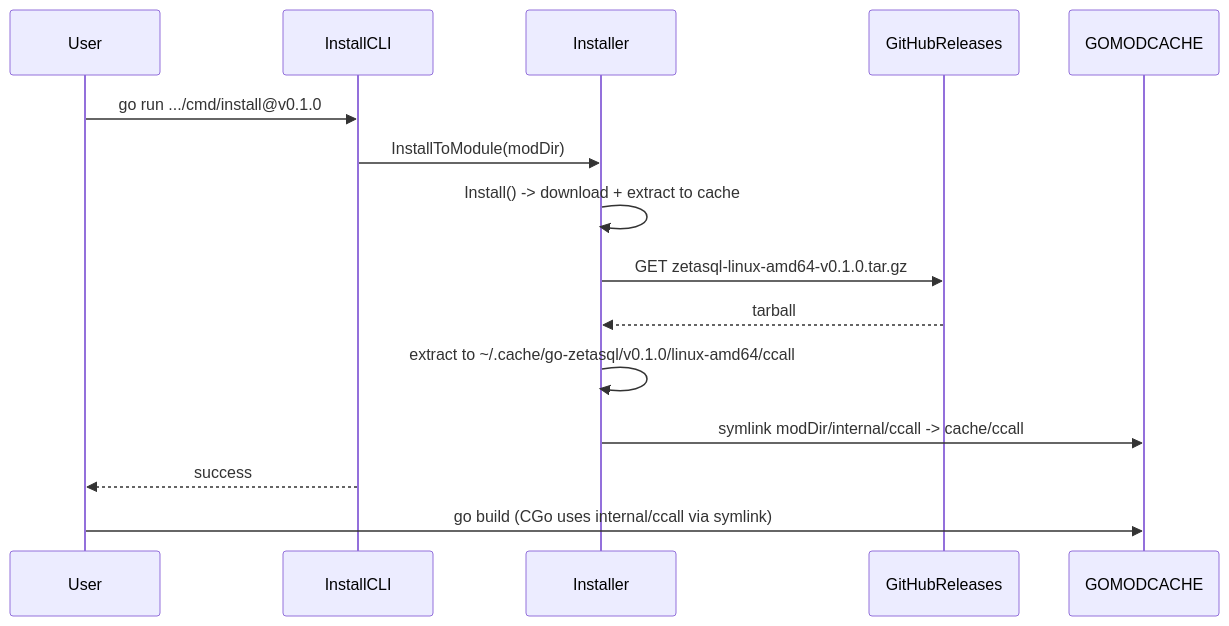
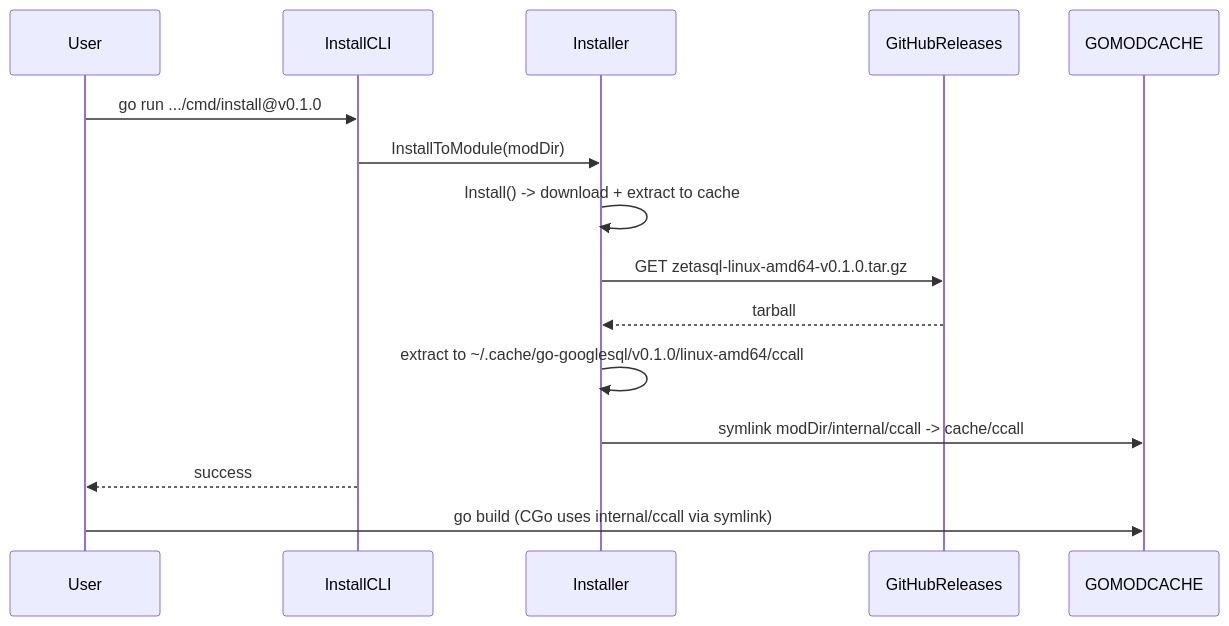
One commit to vantaboard/go-zetasql changed the diagram in .cursor/plans/zetasql_installer_and_pre-built_releases_65ab585f.plan.md. Above: the diagram before and after it, drawn with Mermaid. The commit also changed other lines of this file, not shown here.

Commit message:
chore: cursor zetasql install plan

````diff
--- a/.cursor/plans/zetasql_installer_and_pre-built_releases_65ab585f.plan.md
+++ b/.cursor/plans/zetasql_installer_and_pre-built_releases_65ab585f.plan.md
@@ -84,18 +84,18 @@
 ```mermaid
 sequenceDiagram
   participant User
   participant InstallCLI
   participant Installer
   participant GitHubReleases
   participant GOMODCACHE
 
   User->>InstallCLI: go run .../cmd/install@v0.1.0
   InstallCLI->>Installer: InstallToModule(modDir)
   Installer->>Installer: Install() -> download + extract to cache
   Installer->>GitHubReleases: GET zetasql-linux-amd64-v0.1.0.tar.gz
   GitHubReleases-->>Installer: tarball
-  Installer->>Installer: extract to ~/.cache/go-zetasql/v0.1.0/linux-amd64/ccall
+  Installer->>Installer: extract to ~/.cache/go-googlesql/v0.1.0/linux-amd64/ccall
   Installer->>GOMODCACHE: symlink modDir/internal/ccall -> cache/ccall
   InstallCLI-->>User: success
   User->>GOMODCACHE: go build (CGo uses internal/ccall via symlink)
 ```
````
